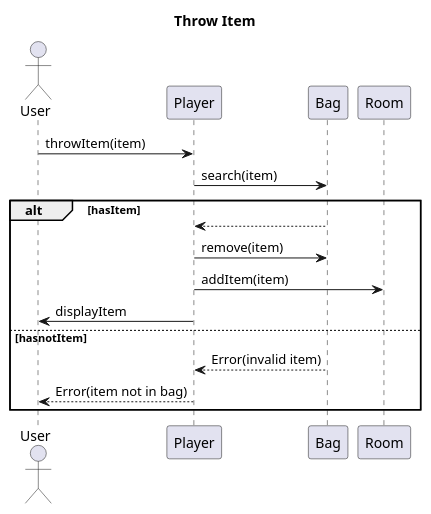
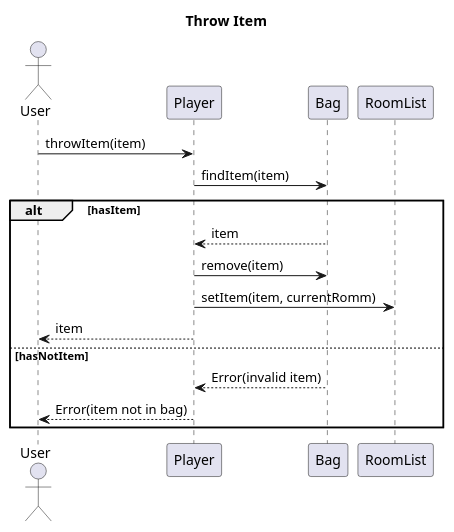
The diagram in src/main/java/com/extraction/uml/uml diagrams/Internal Sequence Diagrams/Throw-Item.puml (EDIDS/EDIDS_Proj), drawn with PlantUML before and after one commit. The commit also changed 5 other files, not shown here.

Commit message:
Updated internal sequence diagrams.

```diff
--- a/src/main/java/com/extraction/uml/uml diagrams/Internal Sequence Diagrams/Throw-Item.puml
+++ b/src/main/java/com/extraction/uml/uml diagrams/Internal Sequence Diagrams/Throw-Item.puml
@@ -1,22 +1,22 @@
 @startuml
 
 title Throw Item
 
 actor User
 participant Player
 participant Bag
-participant Room
+participant RoomList
 
 User -> Player : throwItem(item)
-Player -> Bag : search(item)
+Player -> Bag : findItem(item)
 alt hasItem
-  return 
+  return item
   Player -> Bag : remove(item)
-  Player -> Room : addItem(item)
-  Player -> User : displayItem
-else hasnotItem
+  Player -> RoomList : setItem(item, currentRomm)
+  Player --> User : item
+else hasNotItem
   Bag --> Player : Error(invalid item)
   Player --> User : Error(item not in bag)
 end
 
 @enduml
```
